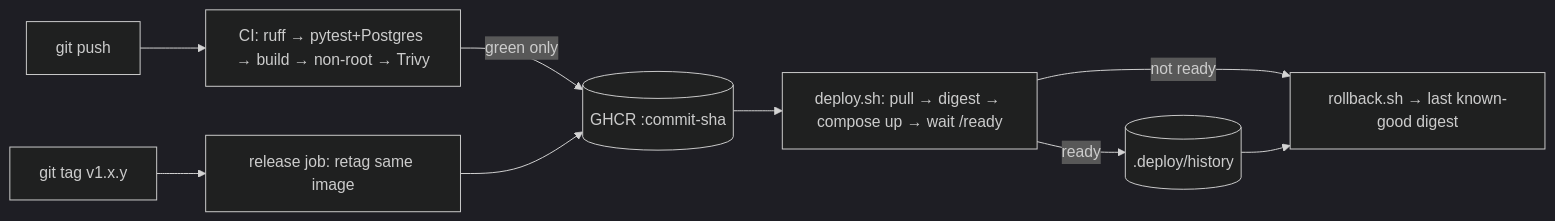
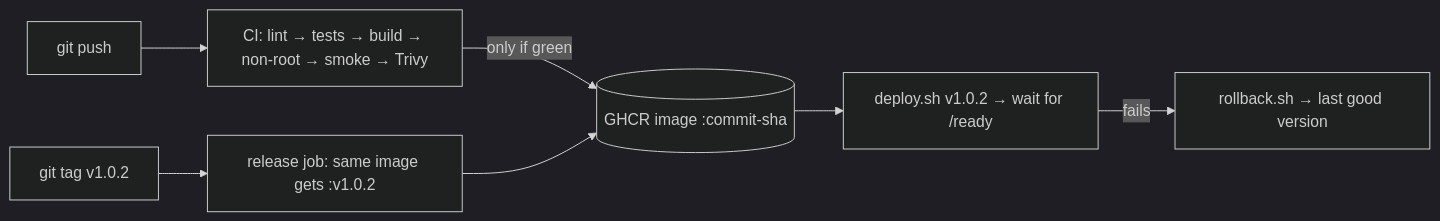
The diagram in README.md (Abdu11ahBilal/Devops-Assignment-Apex-Arabia), drawn with Mermaid (dark theme) before and after one commit. The commit also changed other lines of this file and 4 other files, not shown here.

````diff
--- a/README.md
+++ b/README.md
@@ -9,11 +6,9 @@
 ```mermaid
 flowchart LR
-    push[git push] --> ci[CI: ruff → pytest+Postgres → build → non-root → Trivy]
-    ci -->|green only| ghcr[(GHCR :commit-sha)]
-    tag[git tag v1.x.y] --> promote[release job: retag same image]
-    promote --> ghcr
-    ghcr --> deploy[deploy.sh: pull → digest → compose up → wait /ready]
-    deploy -->|ready| hist[(.deploy/history)]
-    deploy -->|not ready| rb[rollback.sh → last known-good digest]
-    hist --> rb
+    push[git push] --> ci[CI: lint → tests → build → non-root → smoke → Trivy]
+    ci -->|only if green| ghcr[(GHCR image :commit-sha)]
+    tag[git tag v1.0.2] --> release[release job: same image gets :v1.0.2]
+    release --> ghcr
+    ghcr --> deploy[deploy.sh v1.0.2 → wait for /ready]
+    deploy -->|fails| rollback[rollback.sh → last good version]
 ```
````
